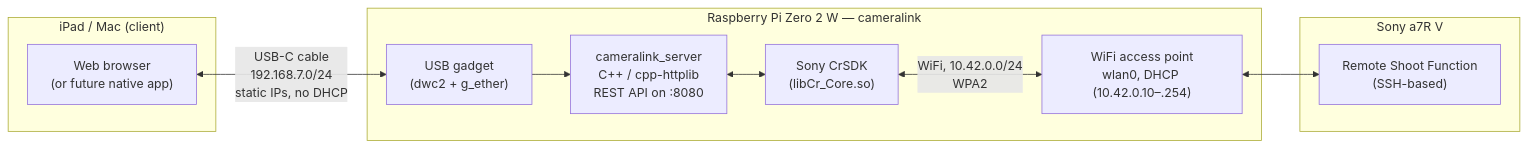
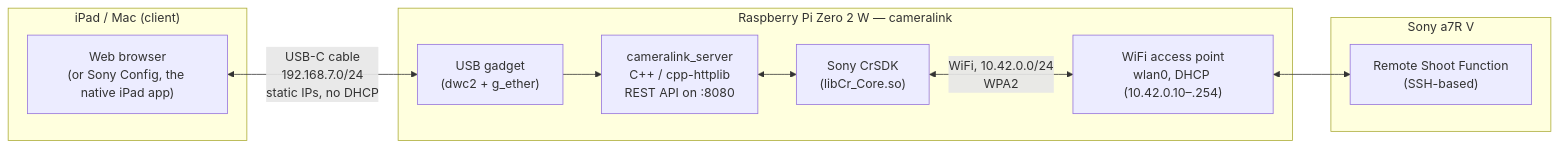
The first of 2 diagrams in docs/ARCHITECTURE.md (chuckbrant/cameralink), drawn with Mermaid before and after one commit. The commit also changed other lines of this file and 9 other files, not shown here.

````diff
--- a/docs/ARCHITECTURE.md
+++ b/docs/ARCHITECTURE.md
@@ -5,23 +5,23 @@
 ```mermaid
 flowchart LR
     subgraph iPad["iPad / Mac (client)"]
-        Browser["Web browser<br/>(or future native app)"]
+        Browser["Web browser<br/>(or Sony Config, the native iPad app)"]
     end
 
     subgraph Pi["Raspberry Pi Zero 2 W — cameralink"]
         USBGadget["USB gadget<br/>(dwc2 + g_ether)"]
         Server["cameralink_server<br/>C++ / cpp-httplib<br/>REST API on :8080"]
         CrSDK["Sony CrSDK<br/>(libCr_Core.so)"]
         AP["WiFi access point<br/>wlan0, DHCP (10.42.0.10–.254)"]
     end
 
     subgraph Camera["Sony a7R V"]
         RemoteShoot["Remote Shoot Function<br/>(SSH-based)"]
     end
 
     Browser <-->|"USB-C cable<br/>192.168.7.0/24<br/>static IPs, no DHCP"| USBGadget
     USBGadget --> Server
     Server <--> CrSDK
     CrSDK <-->|"WiFi, 10.42.0.0/24<br/>WPA2"| AP
     AP <--> RemoteShoot
 ```
````
